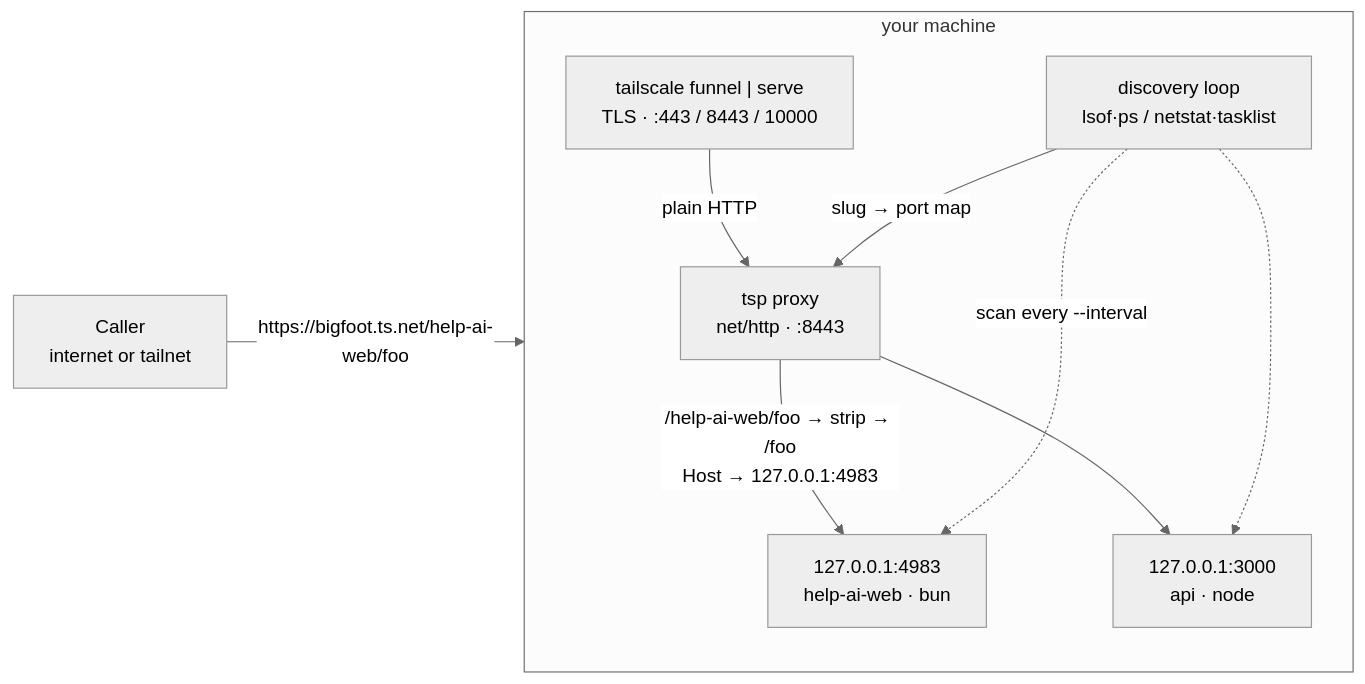
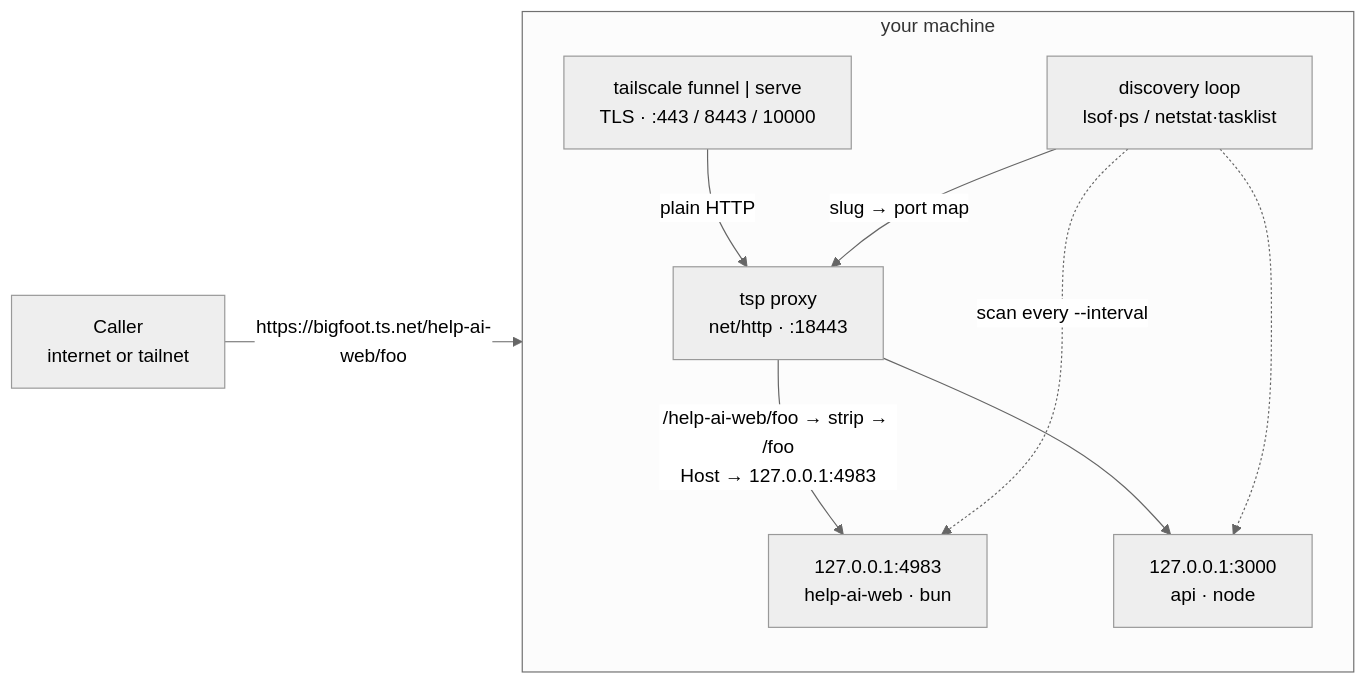
One commit to meabed/tailscale-proxy changed the first of 4 diagrams in docs/HOW-IT-WORKS.md. Above: the diagram before and after it, drawn with Mermaid (neutral theme). The commit also changed 13 other files, not shown here.

````diff
--- a/docs/HOW-IT-WORKS.md
+++ b/docs/HOW-IT-WORKS.md
@@ -18,19 +18,19 @@
 ```mermaid
 flowchart LR
     C["Caller<br/>internet or tailnet"]
     C -->|"https://bigfoot.ts.net/help-ai-web/foo"| TS
     subgraph machine["your machine"]
         direction TB
         TS["tailscale funnel | serve<br/>TLS · :443 / 8443 / 10000"]
-        P["tsp proxy<br/>net/http · :8443"]
+        P["tsp proxy<br/>net/http · :18443"]
         SCAN["discovery loop<br/>lsof·ps / netstat·tasklist"]
         D1["127.0.0.1:4983<br/>help-ai-web · bun"]
         D2["127.0.0.1:3000<br/>api · node"]
         TS -->|plain HTTP| P
         P -->|"/help-ai-web/foo → strip → /foo<br/>Host → 127.0.0.1:4983"| D1
         P --> D2
         SCAN -->|"slug → port map"| P
         SCAN -.->|"scan every --interval"| D1
         SCAN -.-> D2
     end
 ```
````
